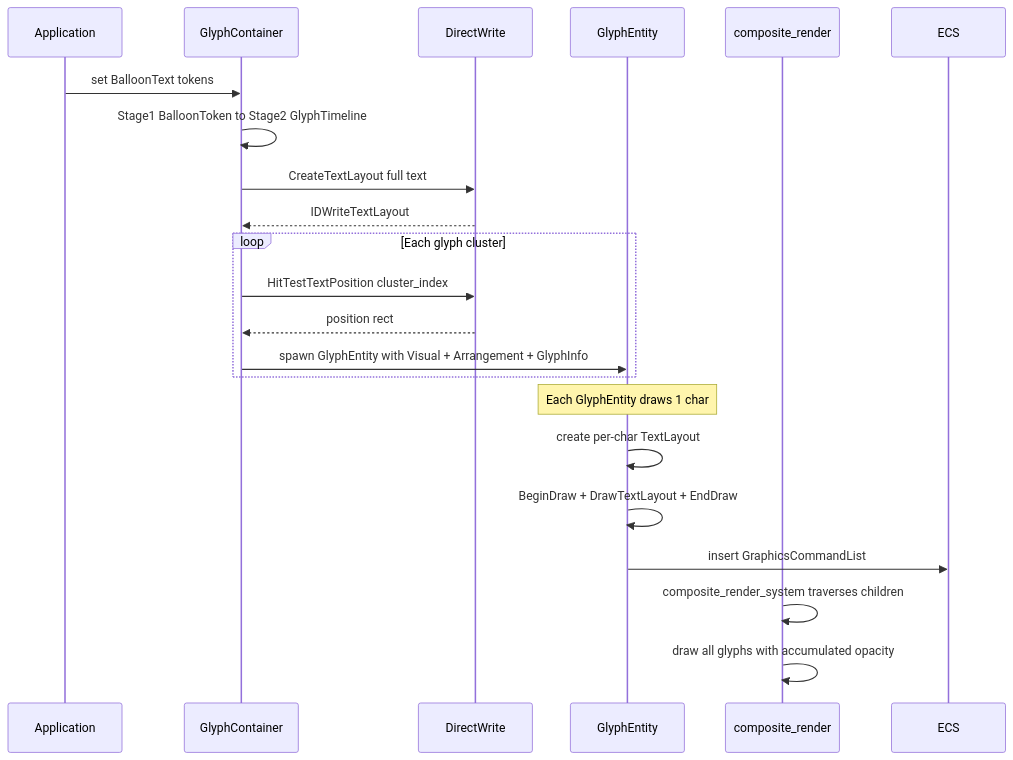
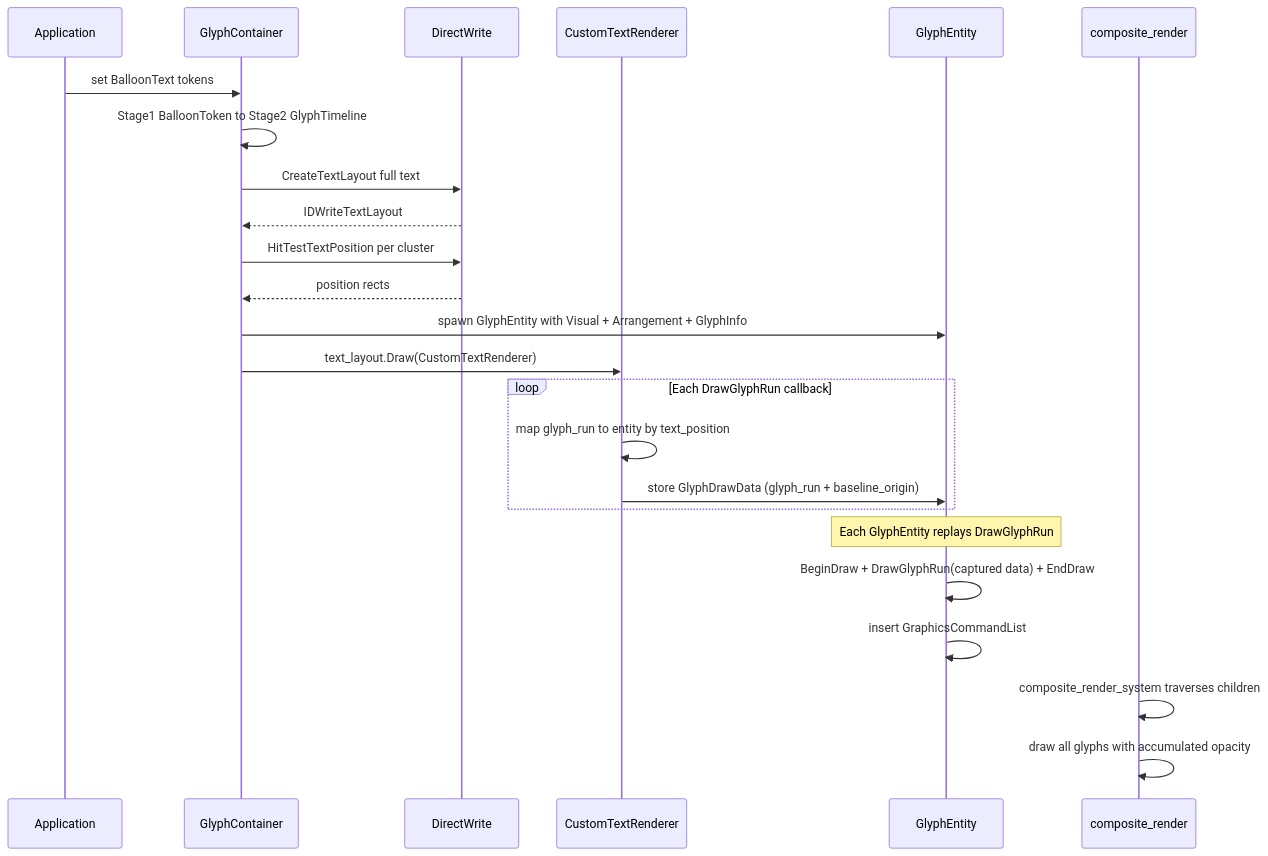
Before and after one commit to ekicyou/areka: the third of 5 diagrams in .kiro/specs/wintf-P0-balloon-system/design.md, drawn with Mermaid. The commit also changed other lines of this file and 1 other file, not shown here.

````diff
--- a/.kiro/specs/wintf-P0-balloon-system/design.md
+++ b/.kiro/specs/wintf-P0-balloon-system/design.md
@@ -164,24 +164,27 @@
 ```mermaid
 sequenceDiagram
     participant App as Application
     participant GC as GlyphContainer
     participant DW as DirectWrite
+    participant CTR as CustomTextRenderer
     participant GE as GlyphEntity
     participant CR as composite_render
 
     App->>GC: set BalloonText tokens
     GC->>GC: Stage1 BalloonToken to Stage2 GlyphTimeline
     GC->>DW: CreateTextLayout full text
     DW-->>GC: IDWriteTextLayout
-    loop Each glyph cluster
-        GC->>DW: HitTestTextPosition cluster_index
-        DW-->>GC: position rect
-        GC->>GE: spawn GlyphEntity with Visual + Arrangement + GlyphInfo
+    GC->>DW: HitTestTextPosition per cluster
+    DW-->>GC: position rects
+    GC->>GE: spawn GlyphEntity with Visual + Arrangement + GlyphInfo
+    GC->>CTR: text_layout.Draw(CustomTextRenderer)
+    loop Each DrawGlyphRun callback
+        CTR->>CTR: map glyph_run to entity by text_position
+        CTR->>GE: store GlyphDrawData (glyph_run + baseline_origin)
     end
-    Note over GE: Each GlyphEntity draws 1 char
-    GE->>GE: create per-char TextLayout
-    GE->>GE: BeginDraw + DrawTextLayout + EndDraw
-    GE->>ECS: insert GraphicsCommandList
+    Note over GE: Each GlyphEntity replays DrawGlyphRun
+    GE->>GE: BeginDraw + DrawGlyphRun(captured data) + EndDraw
+    GE->>GE: insert GraphicsCommandList
     CR->>CR: composite_render_system traverses children
     CR->>CR: draw all glyphs with accumulated opacity
 ```
````
